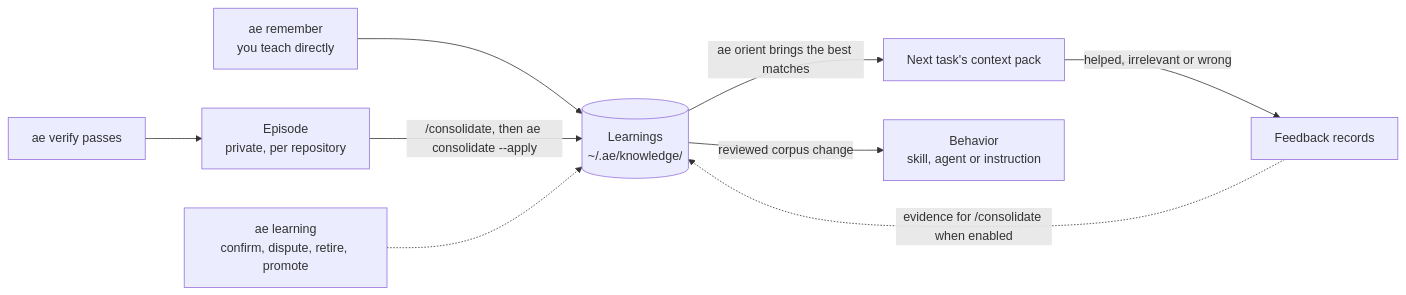
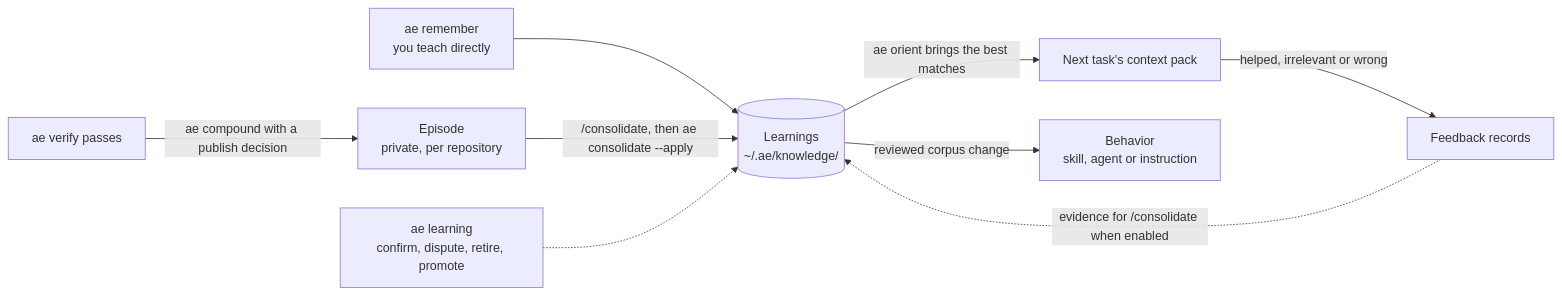
Before and after one commit to noodlemind/adaptive-engineering: the fourth of 4 diagrams in docs/adaptive-engineering.md, drawn with Mermaid. The commit also changed other lines of this file and 7 other files, not shown here.

````diff
--- a/docs/adaptive-engineering.md
+++ b/docs/adaptive-engineering.md
@@ -208,11 +209,11 @@
 ```mermaid
 flowchart LR
-  verify["ae verify passes"] --> episode["Episode<br/>private, per repository"]
+  verify["ae verify passes"] -->|"ae compound with a publish decision"| episode["Episode<br/>private, per repository"]
   teach["ae remember<br/>you teach directly"] --> learnings
   episode -->|"/consolidate, then ae consolidate --apply"| learnings[("Learnings<br/>~/.ae/knowledge/")]
   learnings -->|"ae orient brings the best matches"| next["Next task's context pack"]
   next -->|"helped, irrelevant or wrong"| feedback["Feedback records"]
   feedback -.->|"evidence for /consolidate when enabled"| learnings
   person["ae learning<br/>confirm, dispute, retire, promote"] -.-> learnings
   learnings -->|"reviewed corpus change"| behavior["Behavior<br/>skill, agent or instruction"]
 ```
````
